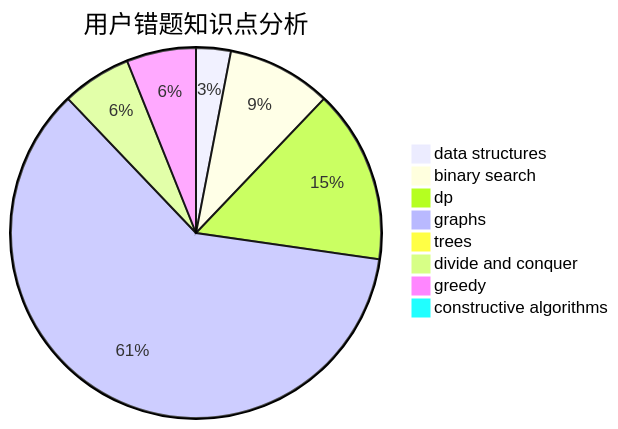
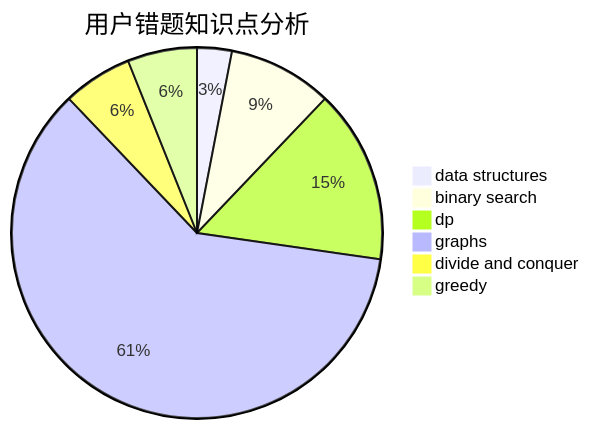
One commit to sherpahu/cfrs.github.io changed the third of 3 diagrams in docs/user/u401.md. Above: the diagram before and after it, drawn with Mermaid. The commit also changed other lines of this file and 2770 other files, not shown here.

````diff
--- a/docs/user/u401.md
+++ b/docs/user/u401.md
@@ -31,11 +28,9 @@
 ```mermaid
 pie title 用户错题知识点分析
     "data structures" :  1
     "binary search" :  3
     "dp" :  5
     "graphs" :  20
-    "trees" :  0
     "divide and conquer" :  2
     "greedy" :  2
-    "constructive algorithms" :  0
 ```
````
